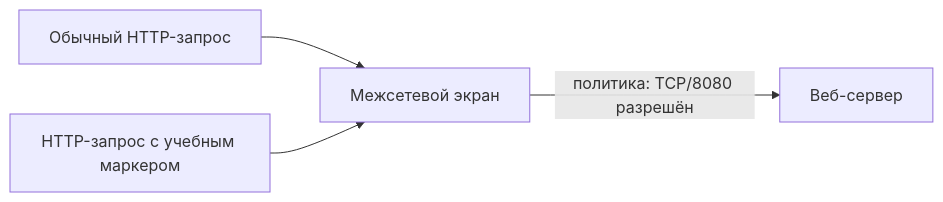
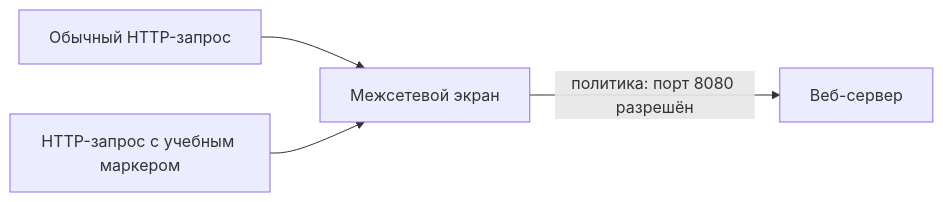
The second of 4 diagrams in docs/course/01-intro.md (11ndra/spvo), drawn with Mermaid before and after one commit. The commit also changed other lines of this file and 16 other files, not shown here.

````diff
--- a/docs/course/01-intro.md
+++ b/docs/course/01-intro.md
@@ -113,6 +115,6 @@
 ```mermaid
 flowchart LR
     N[Обычный HTTP-запрос] --> F[Межсетевой экран]
     M[HTTP-запрос с учебным маркером] --> F
-    F -->|политика: TCP/8080 разрешён| W[Веб-сервер]
+    F -->|политика: порт 8080 разрешён| W[Веб-сервер]
 ```
````
